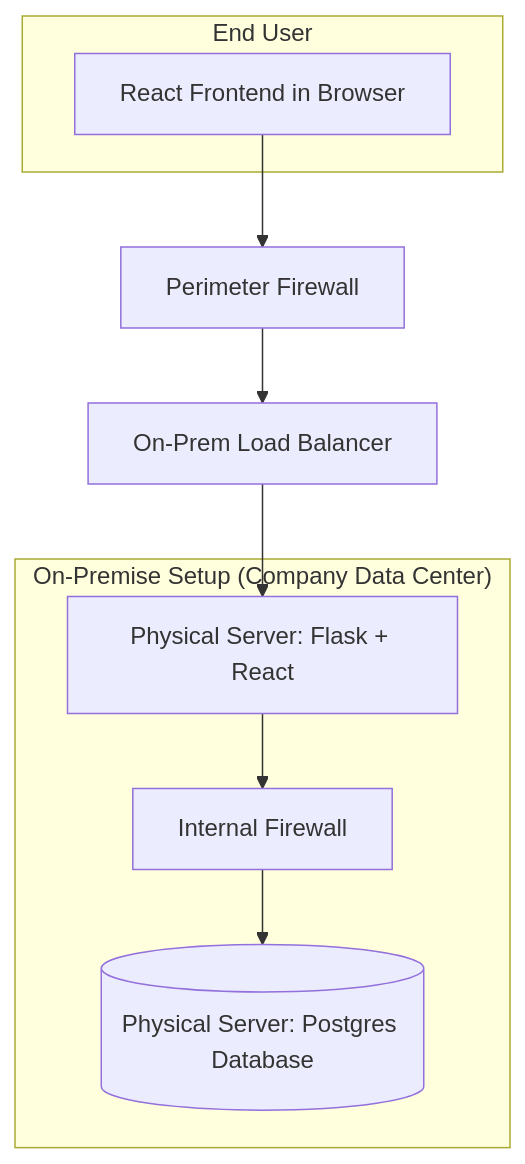
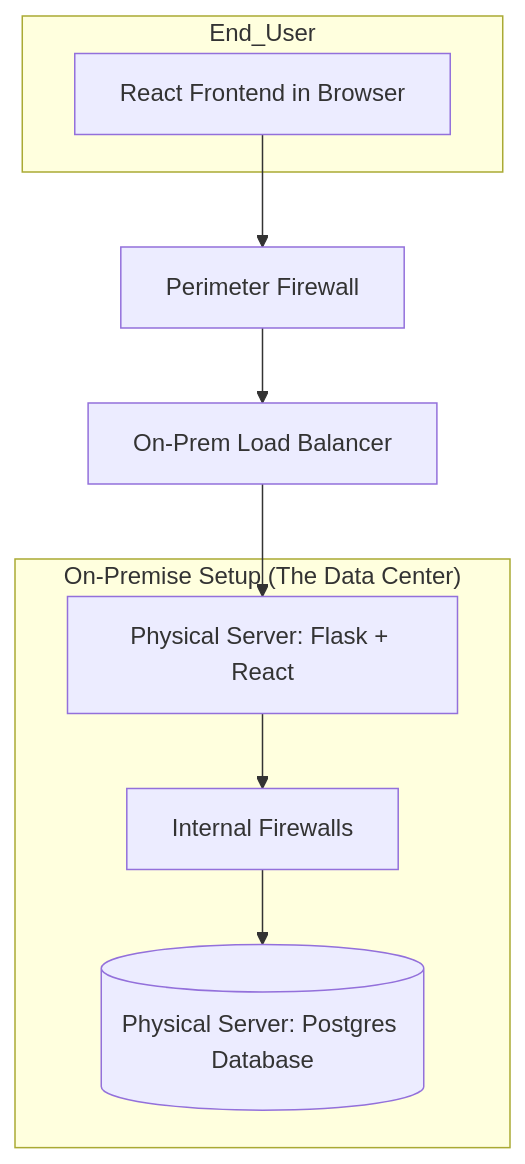
One commit to Sighopss/Algonquin-Code-Base changed the third of 3 diagrams in lab2.md. Above: the diagram before and after it, drawn with Mermaid. The commit also changed other lines of this file, not shown here.

````diff
--- a/lab2.md
+++ b/lab2.md
@@ -38,18 +39,18 @@
 ```mermaid
 graph TB
-    subgraph User["End User"]
+    subgraph User["End_User"]
         UI[React Frontend in Browser]
     end
 
     OuterFW[Perimeter Firewall]
     HardwareLB[On-Prem Load Balancer]
 
-    subgraph OnPrem["On-Premise Setup (Company Data Center)"]
+    subgraph OnPrem["On-Premise Setup (The Data Center)"]
         Server1[Physical Server: Flask + React]
-        InnerFW[Internal Firewall]
+        InnerFW[Internal Firewalls]
         Server2[(Physical Server: Postgres Database)]
     end
 
     UI --> OuterFW --> HardwareLB --> Server1
     Server1 --> InnerFW --> Server2
 ```
````
